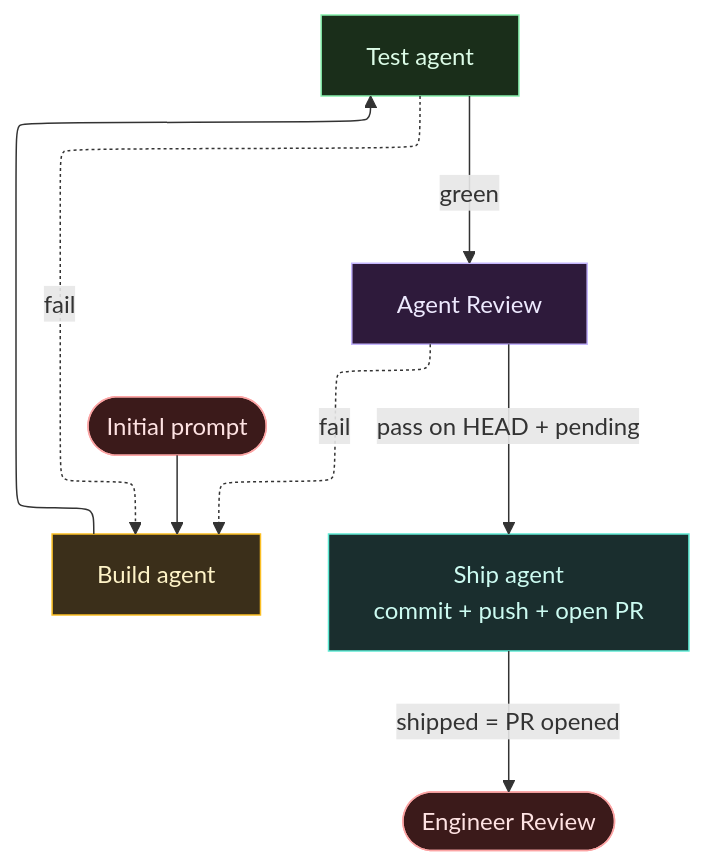
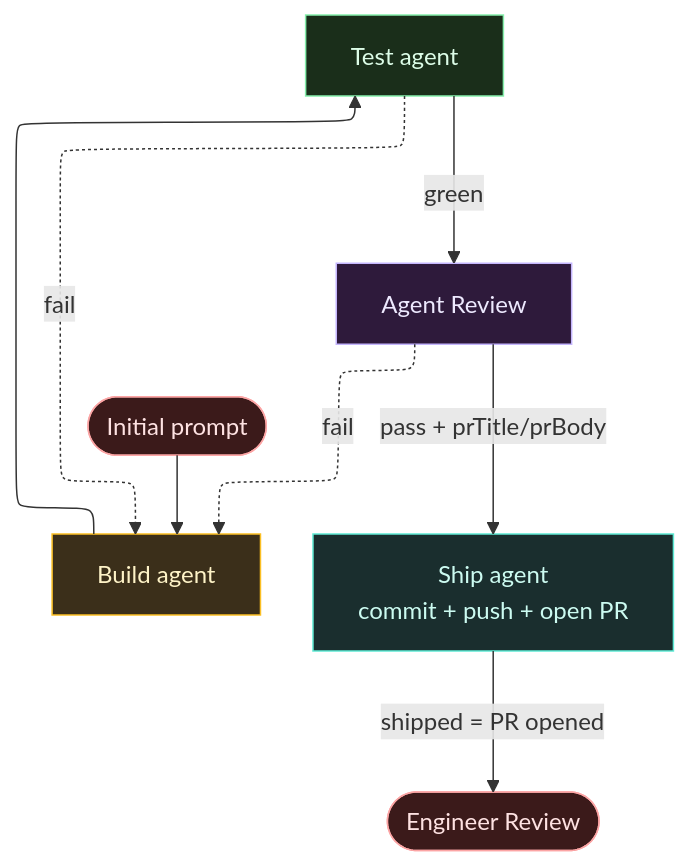
Before and after one commit to luchillo17/lazy-software-factory: the diagram in docs/adr/0007-minimal-adw-build-test-review.md, drawn with Mermaid. The commit also changed 19 other files, not shown here.

First line of the commit message:
feat(adw): ship agent + review pass pr draft

````diff
--- a/docs/adr/0007-minimal-adw-build-test-review.md
+++ b/docs/adr/0007-minimal-adw-build-test-review.md
@@ -13,30 +13,30 @@
 ```mermaid
 %%{init: {"flowchart": {"defaultRenderer": "elk"}} }%%
 flowchart TB
   Prompt(["Initial prompt"])
   Build["Build agent"]
   Test["Test agent"]
   AgentReview["Agent Review"]
   Ship["Ship agent\ncommit + push + open PR"]
   EngineerReview(["Engineer Review"])
 
   Prompt --> Build --> Test
   Test -->|green| AgentReview
-  AgentReview -->|"pass on HEAD + pending"| Ship
+  AgentReview -->|"pass + prTitle/prBody"| Ship
   Ship -->|"shipped = PR opened"| EngineerReview
 
   Test -.->|fail| Build
   AgentReview -.->|fail| Build
 
   classDef human fill:#3b1a1a,stroke:#fca5a5,color:#fee2e2
   classDef llm fill:#3b2f1a,stroke:#fbbf24,color:#fef3c7
   classDef gate fill:#1a2e1a,stroke:#86efac,color:#dcfce7
   classDef agent fill:#2e1a3b,stroke:#c4b5fd,color:#ede9fe
   classDef ship fill:#1a2e2e,stroke:#5eead4,color:#ccfbf1
 
   class Prompt,EngineerReview human
   class Build llm
   class Test gate
   class AgentReview agent
   class Ship ship
 ```
````
